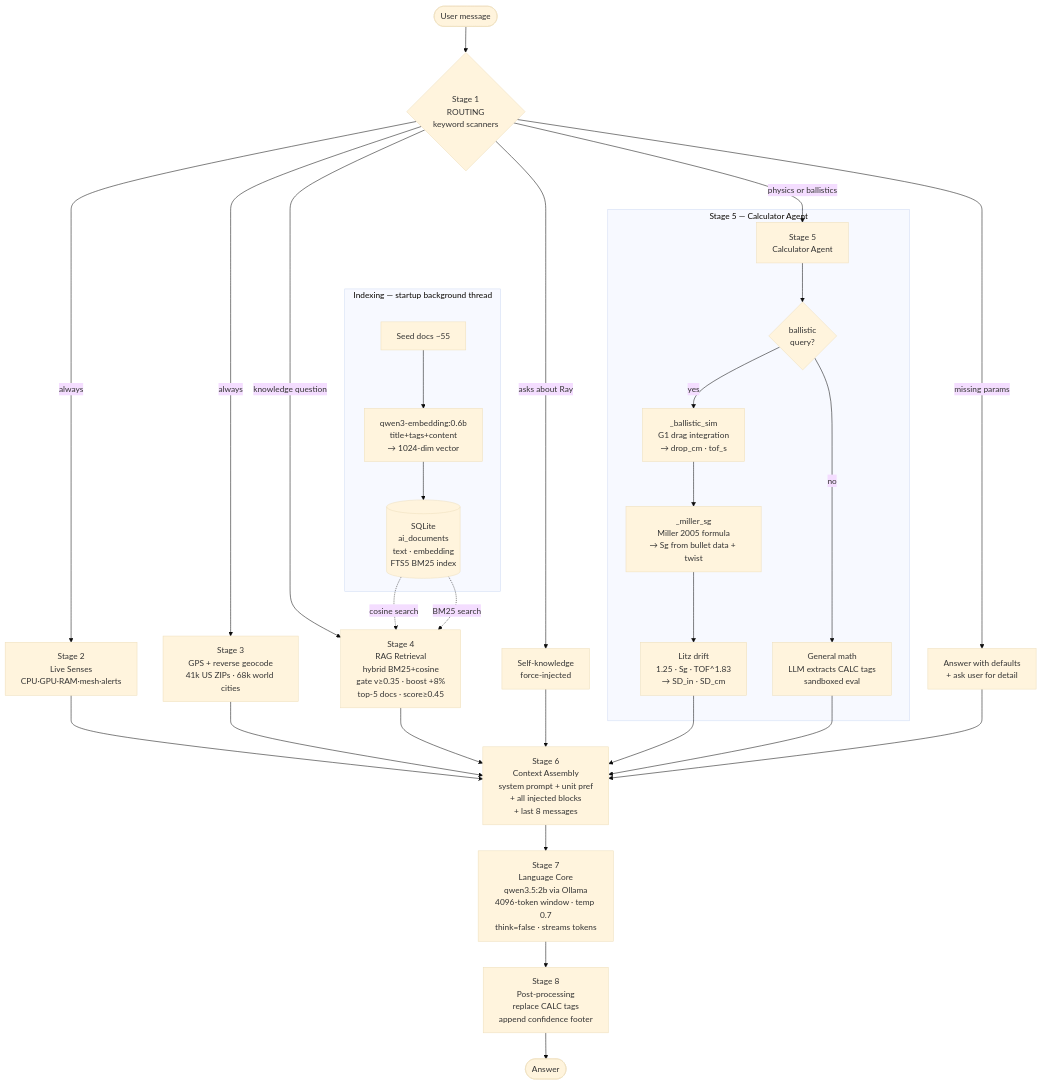
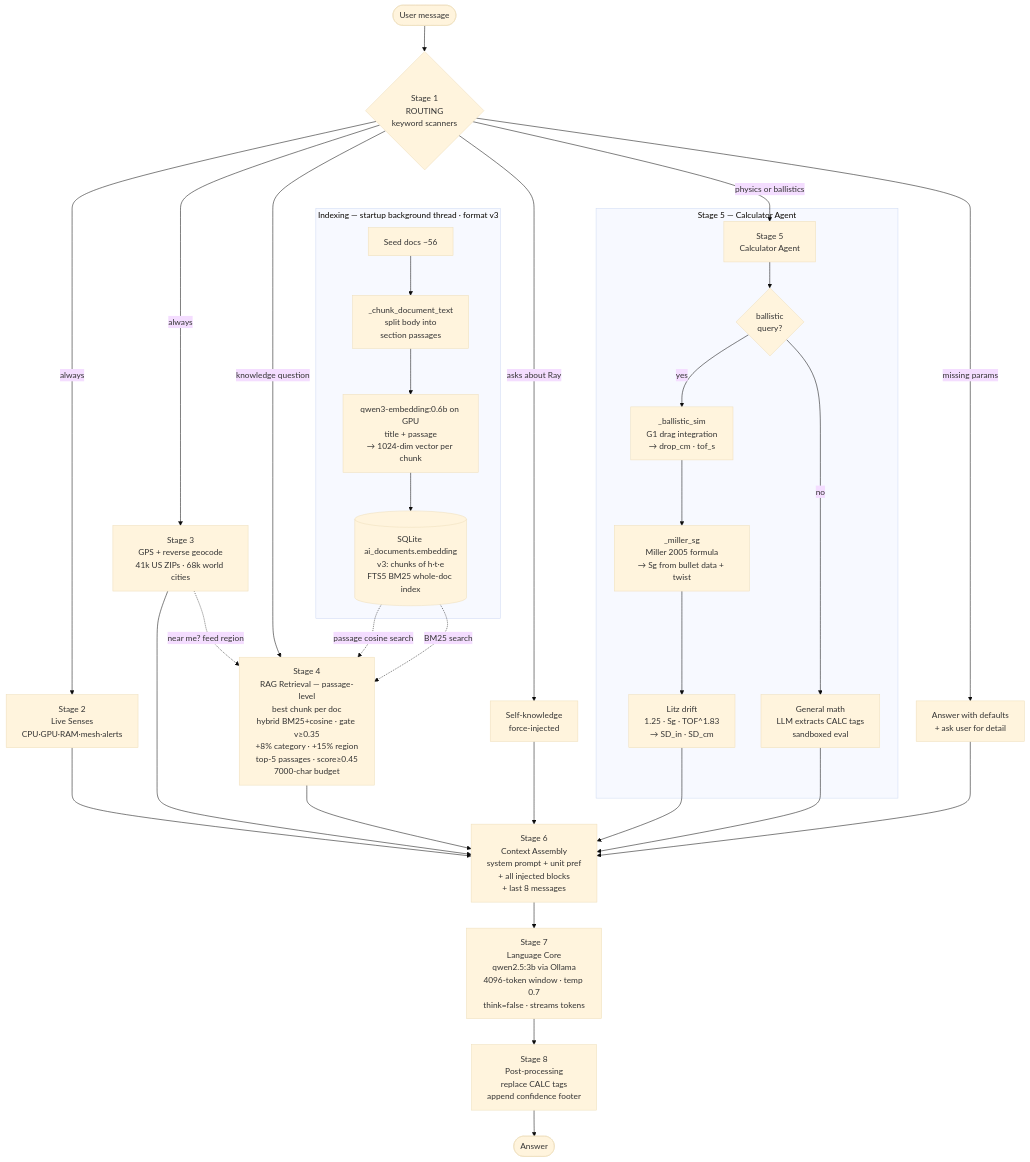
One commit to atlas-navigate/atlas-control changed the diagram in RAY_BRAIN.md. Above: the diagram before and after it, drawn with Mermaid (base theme). The commit also changed other lines of this file and 7 other files, not shown here.

First line of the commit message:
AI: qwen2.5:3b swap, passage-level location-aware RAG, GPU embedder

````diff
--- a/RAY_BRAIN.md
+++ b/RAY_BRAIN.md
@@ -297,38 +317,40 @@
 ```mermaid
 flowchart TD
     U([User message]) --> R{Stage 1\nROUTING\nkeyword scanners}
 
     R -->|always| S[Stage 2\nLive Senses\nCPU·GPU·RAM·mesh·alerts]
     R -->|always| G[Stage 3\nGPS + reverse geocode\n41k US ZIPs · 68k world cities]
-    R -->|knowledge question| RAG[Stage 4\nRAG Retrieval\nhybrid BM25+cosine\ngate v≥0.35 · boost +8%\ntop-5 docs · score≥0.45]
+    G -.->|near me? feed region| RAG
+    R -->|knowledge question| RAG[Stage 4\nRAG Retrieval — passage-level\nbest chunk per doc\nhybrid BM25+cosine · gate v≥0.35\n+8% category · +15% region\ntop-5 passages · score≥0.45\n7000-char budget]
     R -->|physics or ballistics| C[Stage 5\nCalculator Agent]
     R -->|asks about Ray| SK[Self-knowledge\nforce-injected]
     R -->|missing params| ASK[Answer with defaults\n+ ask user for detail]
 
     subgraph CALC [Stage 5 — Calculator Agent]
         C --> CB{ballistic\nquery?}
         CB -->|yes| BS[_ballistic_sim\nG1 drag integration\n→ drop_cm · tof_s]
         BS --> MS[_miller_sg\nMiller 2005 formula\n→ Sg from bullet data + twist]
         MS --> LD[Litz drift\n1.25 · Sg · TOF^1.83\n→ SD_in · SD_cm]
         CB -->|no| GM[General math\nLLM extracts CALC tags\nsandboxed eval]
     end
 
     S --> CTX[Stage 6\nContext Assembly\nsystem prompt + unit pref\n+ all injected blocks\n+ last 8 messages]
     G --> CTX
     RAG --> CTX
     SK --> CTX
     LD --> CTX
     GM --> CTX
     ASK --> CTX
 
-    CTX --> LLM[Stage 7\nLanguage Core\nqwen3.5:2b via Ollama\n4096-token window · temp 0.7\nthink=false · streams tokens]
+    CTX --> LLM[Stage 7\nLanguage Core\nqwen2.5:3b via Ollama\n4096-token window · temp 0.7\nthink=false · streams tokens]
     LLM --> PP[Stage 8\nPost-processing\nreplace CALC tags\nappend confidence footer]
     PP --> ANS([Answer])
 
-    subgraph IDX [Indexing — startup background thread]
-        D[Seed docs ~55] --> E[qwen3-embedding:0.6b\ntitle+tags+content\n→ 1024-dim vector]
-        E --> DB[(SQLite\nai_documents\ntext · embedding\nFTS5 BM25 index)]
+    subgraph IDX [Indexing — startup background thread · format v3]
+        D[Seed docs ~56] --> CH[_chunk_document_text\nsplit body into\nsection passages]
+        CH --> E[qwen3-embedding:0.6b on GPU\ntitle + passage\n→ 1024-dim vector per chunk]
+        E --> DB[(SQLite ai_documents.embedding\nv3: chunks of h·t·e\nFTS5 BM25 whole-doc index)]
     end
-    DB -.->|cosine search| RAG
+    DB -.->|passage cosine search| RAG
     DB -.->|BM25 search| RAG
 ```
````
